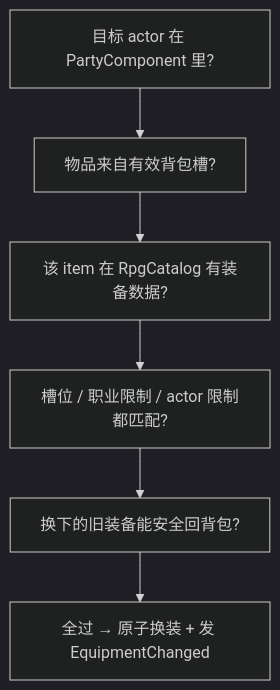
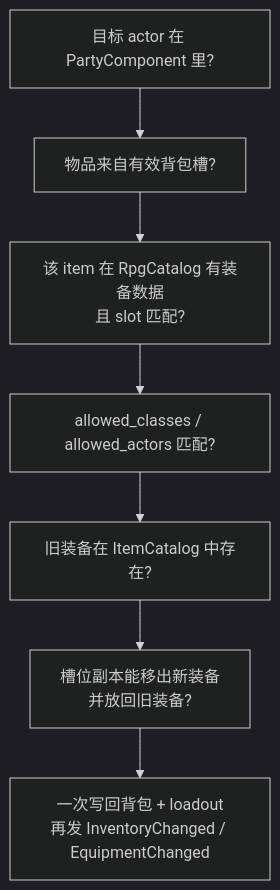
One commit to WispSnow/TinyFarmRPG changed the third of 3 diagrams in lecture_plans/lectures/13-装备成长与休息.md. Above: the diagram before and after it, drawn with Mermaid (dark theme). The commit also changed other lines of this file and 13 other files, not shown here.

````diff
--- a/lecture_plans/lectures/13-装备成长与休息.md
+++ b/lecture_plans/lectures/13-装备成长与休息.md
@@ -159,8 +163,9 @@
 ```mermaid
 flowchart TD
     A["目标 actor 在 PartyComponent 里?"] --> B["物品来自有效背包槽?"]
-    B --> C["该 item 在 RpgCatalog 有装备数据?"]
-    C --> D["槽位 / 职业限制 / actor 限制都匹配?"]
-    D --> E["换下的旧装备能安全回背包?"]
-    E --> F["全过 → 原子换装 + 发 EquipmentChanged"]
+    B --> C["该 item 在 RpgCatalog 有装备数据<br/>且 slot 匹配?"]
+    C --> D["allowed_classes / allowed_actors 匹配?"]
+    D --> E["旧装备在 ItemCatalog 中存在?"]
+    E --> F["槽位副本能移出新装备<br/>并放回旧装备?"]
+    F --> G["一次写回背包 + loadout<br/>再发 InventoryChanged / EquipmentChanged"]
 ```
````
